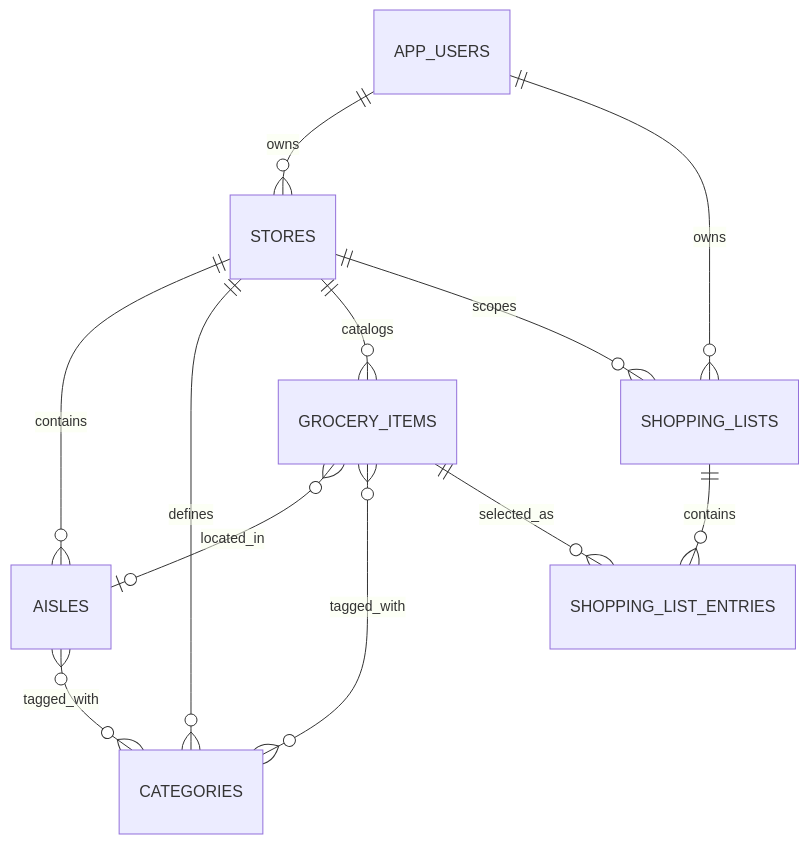
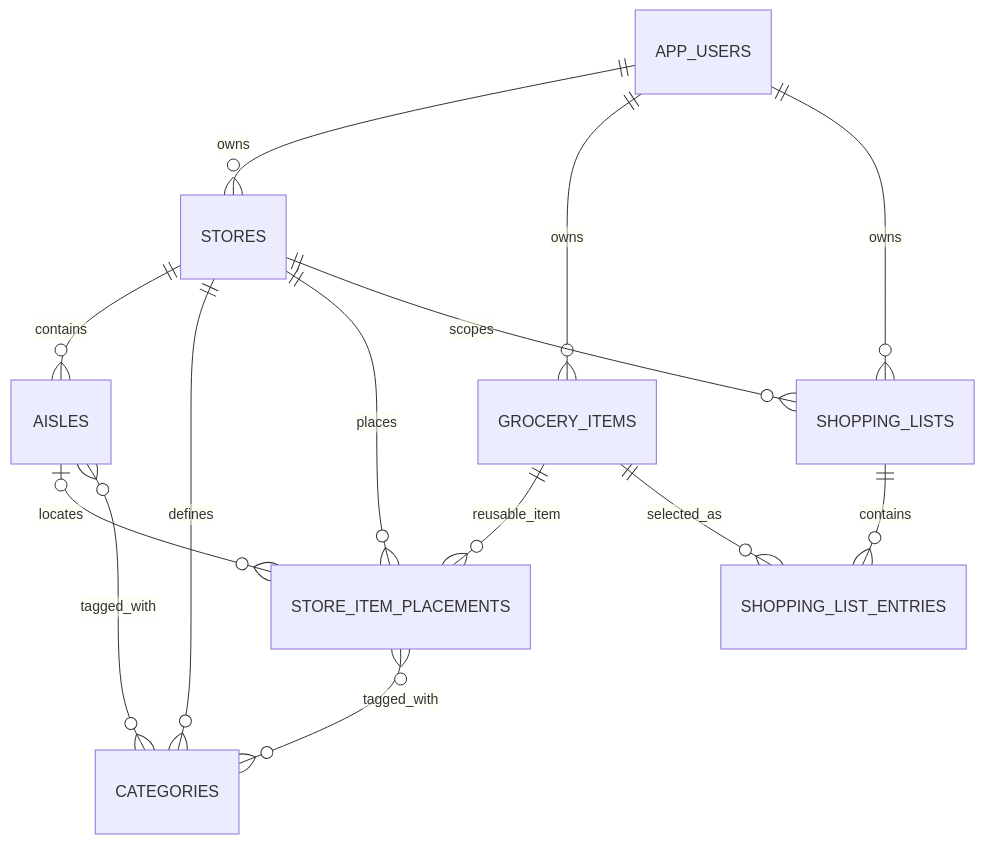
One commit to saltlakeryan/figoli changed the second of 2 diagrams in ARCHITECTURE.md. Above: the diagram before and after it, drawn with Mermaid. The commit also changed other lines of this file and 11 other files, not shown here.

````diff
--- a/ARCHITECTURE.md
+++ b/ARCHITECTURE.md
@@ -47,14 +47,16 @@
 ```mermaid
 erDiagram
     APP_USERS ||--o{ STORES : owns
+    APP_USERS ||--o{ GROCERY_ITEMS : owns
     STORES ||--o{ AISLES : contains
     STORES ||--o{ CATEGORIES : defines
-    STORES ||--o{ GROCERY_ITEMS : catalogs
+    STORES ||--o{ STORE_ITEM_PLACEMENTS : places
+    GROCERY_ITEMS ||--o{ STORE_ITEM_PLACEMENTS : reusable_item
+    AISLES o|--o{ STORE_ITEM_PLACEMENTS : locates
     STORES ||--o{ SHOPPING_LISTS : scopes
     APP_USERS ||--o{ SHOPPING_LISTS : owns
     AISLES }o--o{ CATEGORIES : tagged_with
-    GROCERY_ITEMS }o--o| AISLES : located_in
-    GROCERY_ITEMS }o--o{ CATEGORIES : tagged_with
+    STORE_ITEM_PLACEMENTS }o--o{ CATEGORIES : tagged_with
     SHOPPING_LISTS ||--o{ SHOPPING_LIST_ENTRIES : contains
     GROCERY_ITEMS ||--o{ SHOPPING_LIST_ENTRIES : selected_as
 ```
````
